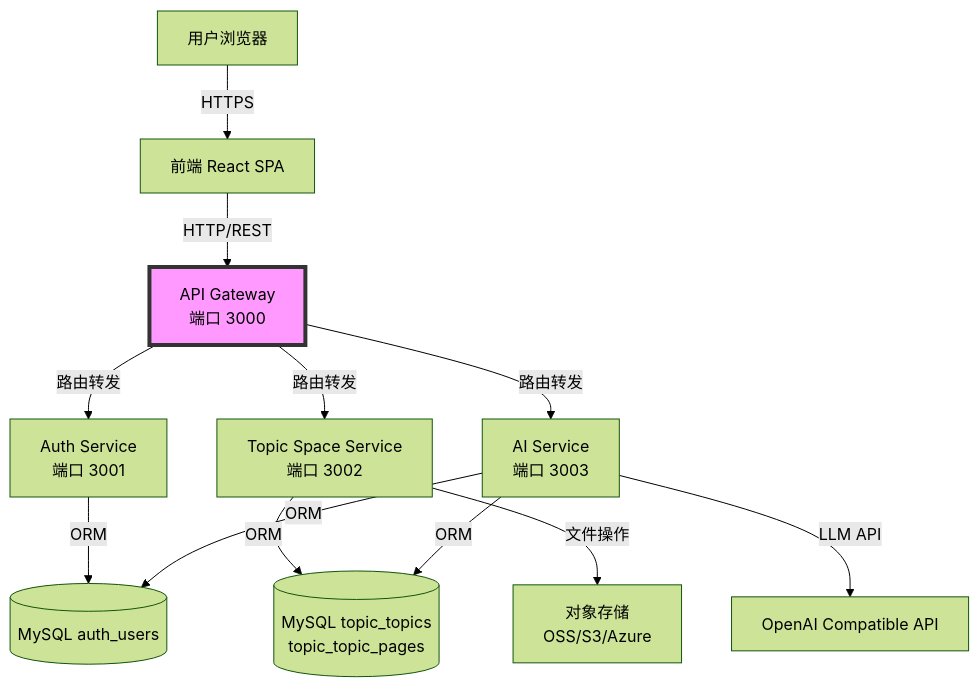
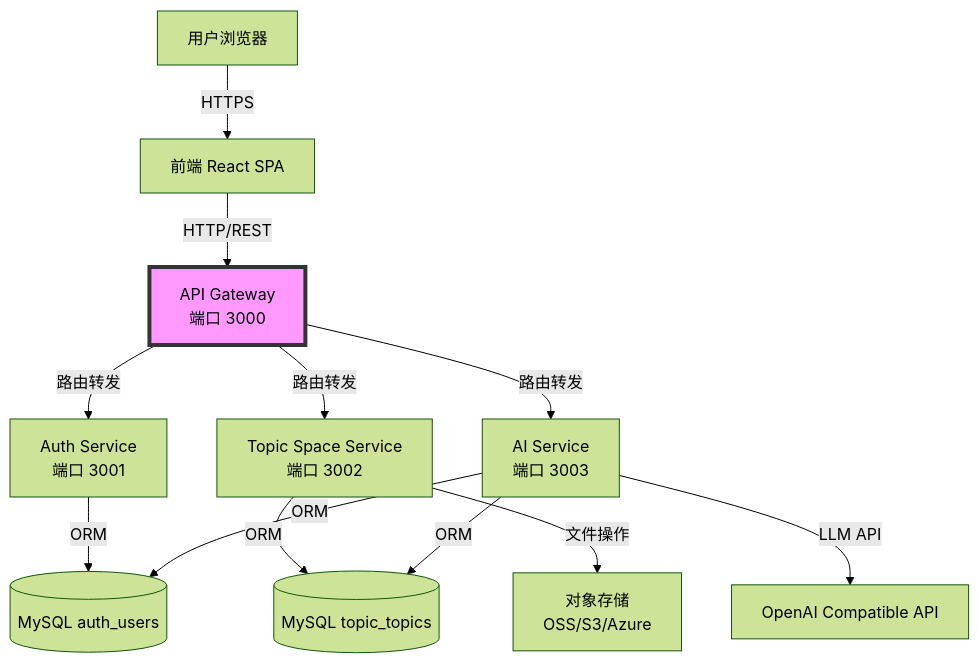
The first of 3 diagrams in docs/spec/architecture.md (a48zhang/web-learn), drawn with Mermaid (forest theme) before and after one commit. The commit also changed other lines of this file and 2 other files, not shown here.

````diff
--- a/docs/spec/architecture.md
+++ b/docs/spec/architecture.md
@@ -9,19 +9,19 @@
 ```mermaid
 graph TD
     E[用户浏览器] -->|HTTPS| A[前端 React SPA]
     A -->|HTTP/REST| GW[API Gateway<br/>端口 3000]
 
     GW -->|路由转发| AUTH[Auth Service<br/>端口 3001]
     GW -->|路由转发| TOPIC[Topic Space Service<br/>端口 3002]
     GW -->|路由转发| AI[AI Service<br/>端口 3003]
 
     AUTH -->|ORM| C[(MySQL auth_users)]
-    TOPIC -->|ORM| D[(MySQL topic_topics<br/>topic_topic_pages)]
+    TOPIC -->|ORM| D[(MySQL topic_topics)]
     AI -->|ORM| C
     AI -->|ORM| D
     TOPIC -->|文件操作| OSS[对象存储<br/>OSS/S3/Azure]
 
     AI -->|LLM API| F[OpenAI Compatible API]
 
     style GW fill:#f9f,stroke:#333,stroke-width:4px
 ```
````
